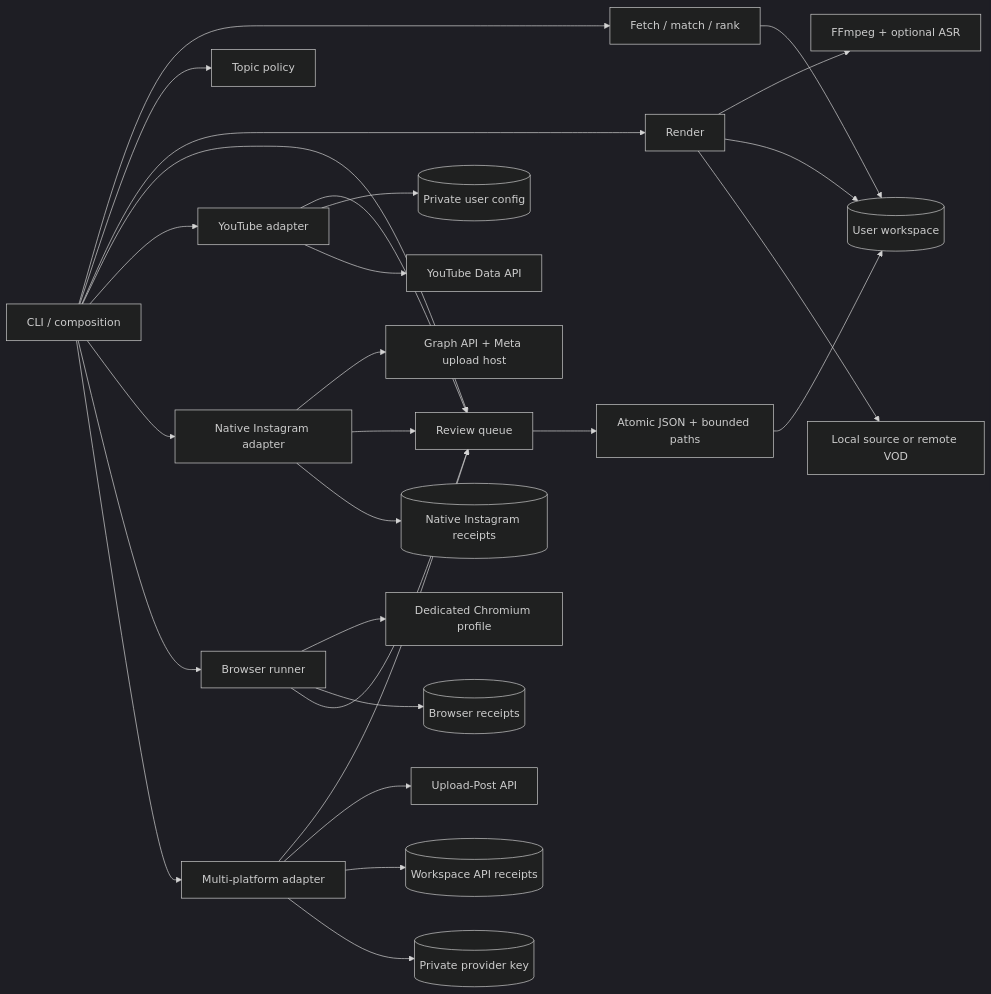
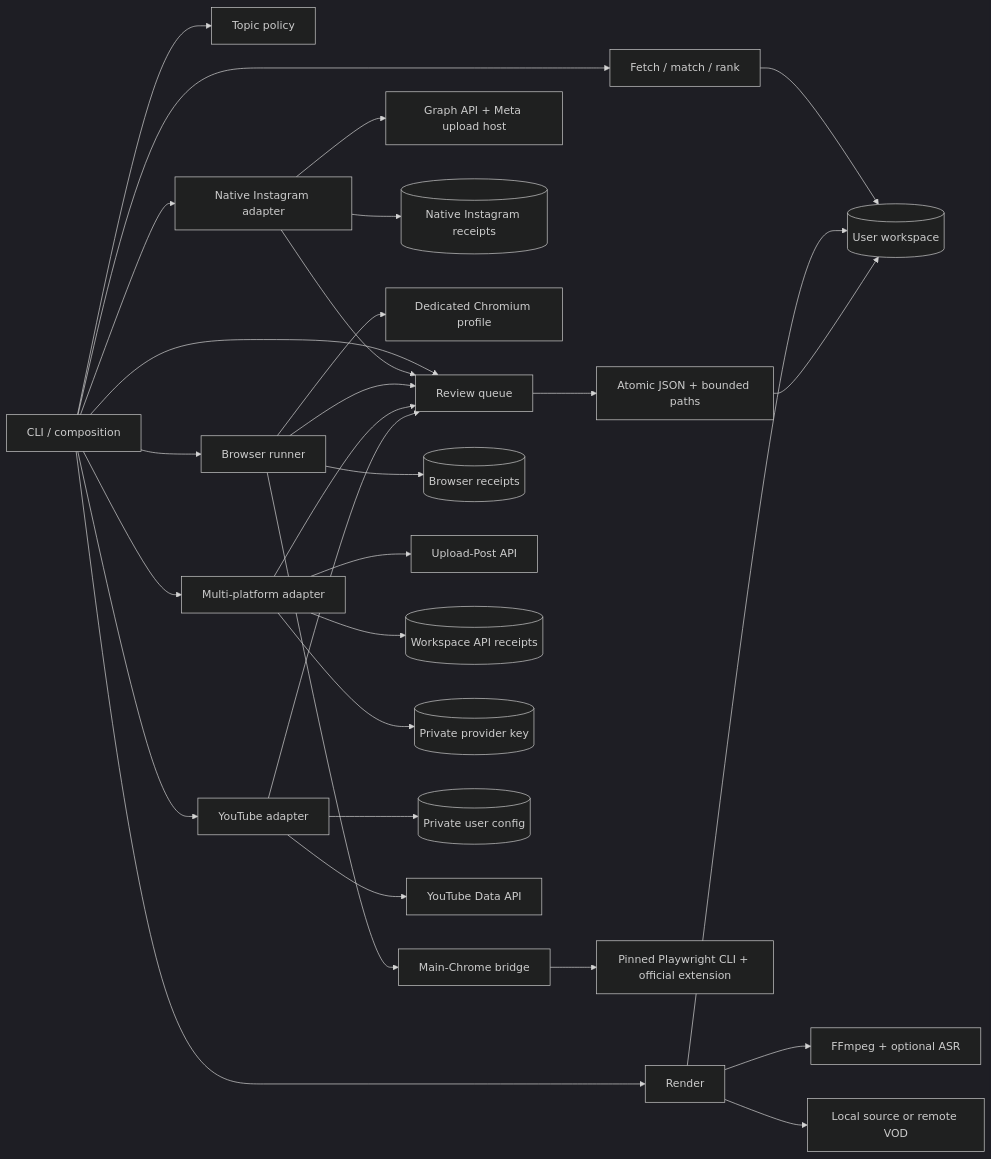
Before and after one commit to AndresGuido9820/zunara-studio: the diagram in docs/architecture.md, drawn with Mermaid (dark theme). The commit also changed other lines of this file and 15 other files, not shown here.

First line of the commit message:
feat: reuse the logged-in Chrome session through Playwright

````diff
--- a/docs/architecture.md
+++ b/docs/architecture.md
@@ -7,30 +7,32 @@
 ```mermaid
 flowchart LR
     CLI[CLI / composition] --> Analysis[Fetch / match / rank]
     CLI --> Editorial[Topic policy]
     CLI --> Render[Render]
     CLI --> Queue[Review queue]
     CLI --> YouTube[YouTube adapter]
     CLI --> Instagram[Native Instagram adapter]
     Instagram --> Meta[Graph API + Meta upload host]
     Instagram --> Queue
     Instagram --> NativeReceipts[(Native Instagram receipts)]
     CLI --> Browser[Browser runner]
     Browser --> Chromium[Dedicated Chromium profile]
+    Browser --> Bridge[Main-Chrome bridge]
+    Bridge --> PWCLI[Pinned Playwright CLI + official extension]
     Browser --> BrowserReceipts[(Browser receipts)]
     Browser --> Queue
     CLI --> Social[Multi-platform adapter]
     Social --> Queue
     Social --> Provider[Upload-Post API]
     Social --> Receipts[(Workspace API receipts)]
     Social --> Key[(Private provider key)]
     Analysis --> Workspace[(User workspace)]
     Render --> FFmpeg[FFmpeg + optional ASR]
     Render --> Workspace
     Render --> Local[Local source or remote VOD]
     Queue --> Storage[Atomic JSON + bounded paths]
     Storage --> Workspace
     YouTube --> Queue
     YouTube --> OAuth[(Private user config)]
     YouTube --> API[YouTube Data API]
 ```
````
